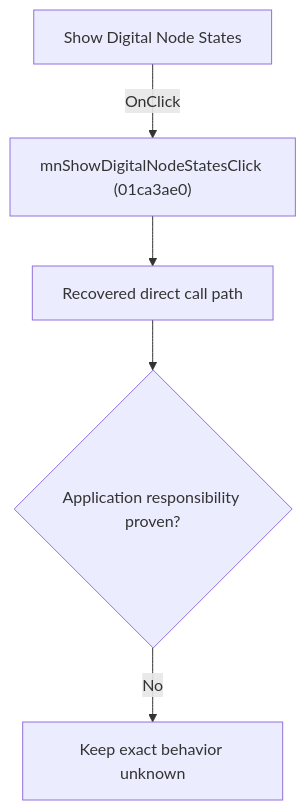
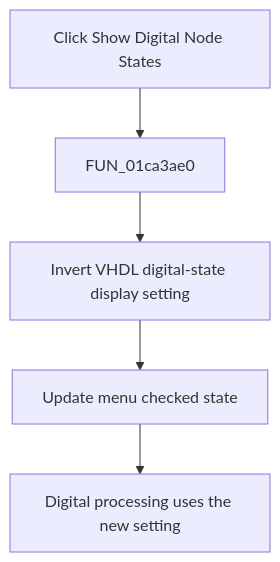
Before and after one commit to MovGP0/TIARA: the diagram in docs/ui-controls/schematiceditor/mnshowdigitalnodestates-4abbd8e40b.md, drawn with Mermaid. The commit also changed other lines of this file and 241 other files, not shown here.

````diff
--- a/docs/ui-controls/schematiceditor/mnshowdigitalnodestates-4abbd8e40b.md
+++ b/docs/ui-controls/schematiceditor/mnshowdigitalnodestates-4abbd8e40b.md
@@ -27,7 +27,7 @@
 ```mermaid
 flowchart TD
-    control["Show Digital Node States"] -->|"OnClick"| handler["mnShowDigitalNodeStatesClick (01ca3ae0)"]
-    handler --> recovered["Recovered direct call path"]
-    recovered --> gap{"Application responsibility proven?"}
-    gap -->|"No"| blocked["Keep exact behavior unknown"]
+    control["Click Show Digital Node States"] --> handler["FUN_01ca3ae0"]
+    handler --> toggle["Invert VHDL digital-state display setting"]
+    toggle --> check["Update menu checked state"]
+    check --> consume["Digital processing uses the new setting"]
 ```
````
